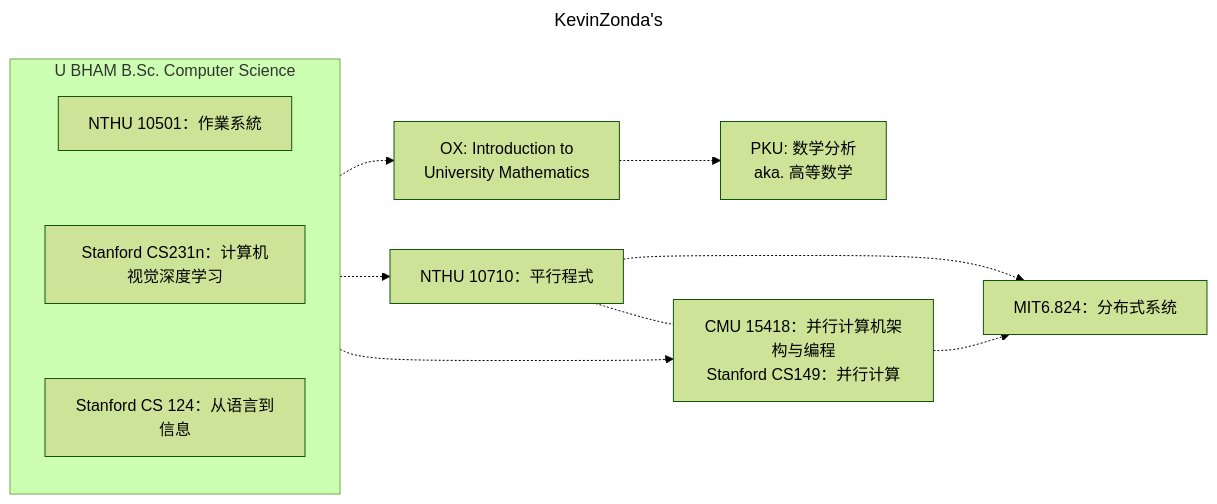
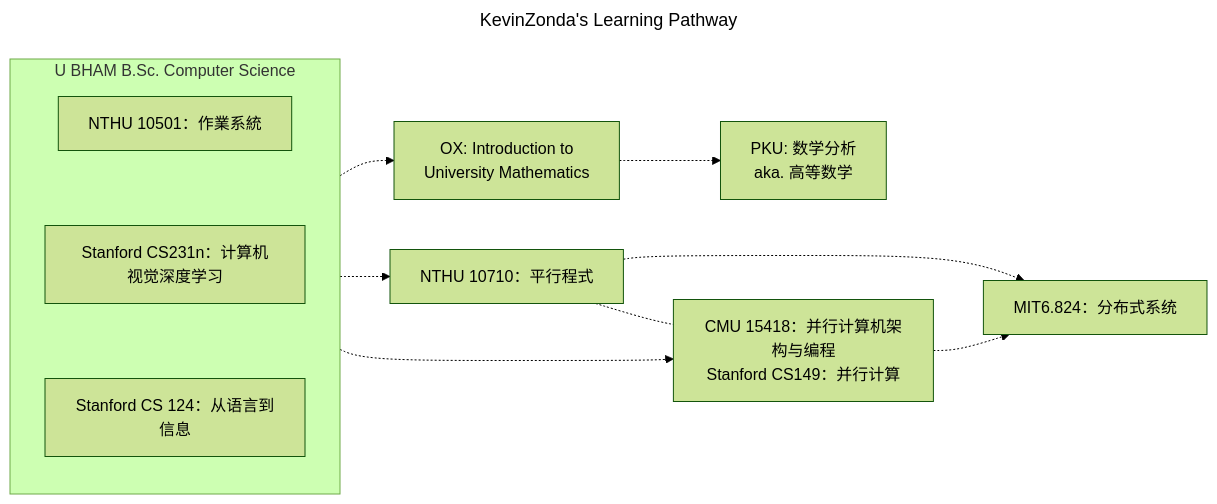
One commit to KevinNote/Pathway changed the diagram in README.md. Above: the diagram before and after it, drawn with Mermaid (forest theme).

````diff
--- a/README.md
+++ b/README.md
@@ -1,32 +1,32 @@
 ```mermaid
 ---
-title: KevinZonda's
+title: KevinZonda's Learning Pathway
 ---
 flowchart LR
   subgraph UOB[U BHAM B.Sc. Computer Science]
     direction TB
     NTHU_OS[NTHU 10501：作業系統]
     S_CVDL[Stanford CS231n：计算机视觉深度学习]
     S_NLP[Stanford CS 124：从语言到信息]
     NTHU_OS ~~~ S_CVDL
     S_CVDL ~~~ S_NLP
   end
 
   OX_IntroUniMath[OX: Introduction to<br>University Mathematics]
   PKU_MathAnalysis[PKU: 数学分析<br>aka. 高等数学]
   
   NTHU_Parallel[NTHU 10710：平行程式]
   CMU_Parallel[CMU 15418：并行计算机架构与编程<br>Stanford CS149：并行计算]
   NTHU_Parallel -.- CMU_Parallel
   MIT_DistSys[MIT6.824：分布式系统]
   
 
   UOB -.-> NTHU_Parallel
   UOB -.-> CMU_Parallel
   NTHU_Parallel -.-> MIT_DistSys
   CMU_Parallel -.-> MIT_DistSys
 
   UOB -.-> OX_IntroUniMath
   OX_IntroUniMath -.-> PKU_MathAnalysis
   
 ```
````
